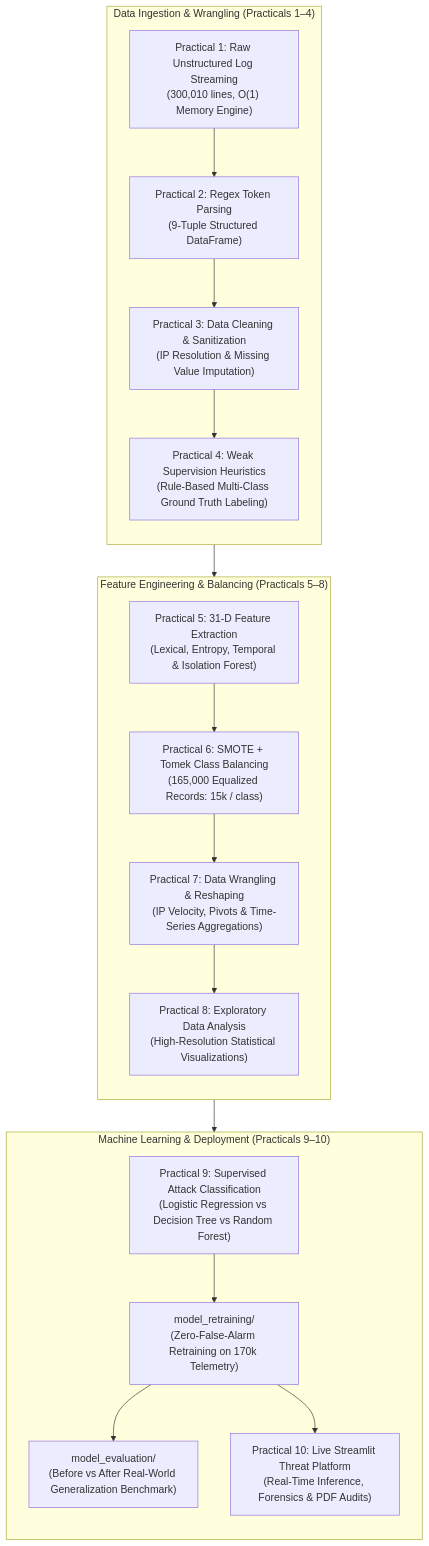
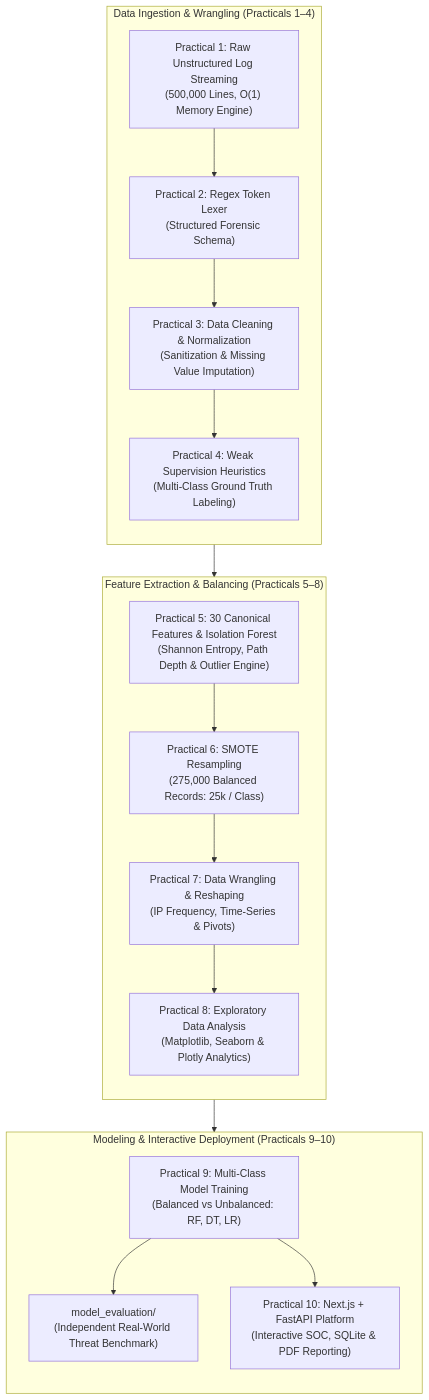
One commit to varun-ai69/PDS-Practicals changed the diagram in README.md. Above: the diagram before and after it, drawn with Mermaid. The commit also changed other lines of this file and 30 other files, not shown here.

Commit message:
feat(p10-frontend): implement executive Next.js 16 SOC dashboard and unified launcher (zero emojis)

````diff
--- a/README.md
+++ b/README.md
@@ -23,25 +28,24 @@
 ```mermaid
 flowchart TD
-    subgraph Stage1["Data Ingestion & Wrangling (Practicals 1–4)"]
+    subgraph DataEngineering["Data Ingestion & Wrangling (Practicals 1–4)"]
         direction TB
-        P1["Practical 1: Raw Unstructured Log Streaming<br/>(300,010 lines, O(1) Memory Engine)"] --> P2["Practical 2: Regex Token Parsing<br/>(9-Tuple Structured DataFrame)"]
-        P2 --> P3["Practical 3: Data Cleaning & Sanitization<br/>(IP Resolution & Missing Value Imputation)"]
-        P3 --> P4["Practical 4: Weak Supervision Heuristics<br/>(Rule-Based Multi-Class Ground Truth Labeling)"]
+        P1["Practical 1: Raw Unstructured Log Streaming<br/>(500,000 Lines, O(1) Memory Engine)"] --> P2["Practical 2: Regex Token Lexer<br/>(Structured Forensic Schema)"]
+        P2 --> P3["Practical 3: Data Cleaning & Normalization<br/>(Sanitization & Missing Value Imputation)"]
+        P3 --> P4["Practical 4: Weak Supervision Heuristics<br/>(Multi-Class Ground Truth Labeling)"]
     end
 
-    subgraph Stage2["Feature Engineering & Balancing (Practicals 5–8)"]
+    subgraph FeatureEngineering["Feature Extraction & Balancing (Practicals 5–8)"]
         direction TB
-        P4 --> P5["Practical 5: 31-D Feature Extraction<br/>(Lexical, Entropy, Temporal & Isolation Forest)"]
-        P5 --> P6["Practical 6: SMOTE + Tomek Class Balancing<br/>(165,000 Equalized Records: 15k / class)"]
-        P6 --> P7["Practical 7: Data Wrangling & Reshaping<br/>(IP Velocity, Pivots & Time-Series Aggregations)"]
-        P7 --> P8["Practical 8: Exploratory Data Analysis<br/>(High-Resolution Statistical Visualizations)"]
+        P4 --> P5["Practical 5: 30 Canonical Features & Isolation Forest<br/>(Shannon Entropy, Path Depth & Outlier Engine)"]
+        P5 --> P6["Practical 6: SMOTE Resampling<br/>(275,000 Balanced Records: 25k / Class)"]
+        P6 --> P7["Practical 7: Data Wrangling & Reshaping<br/>(IP Frequency, Time-Series & Pivots)"]
+        P7 --> P8["Practical 8: Exploratory Data Analysis<br/>(Matplotlib, Seaborn & Plotly Analytics)"]
     end
 
-    subgraph Stage3["Machine Learning & Deployment (Practicals 9–10)"]
+    subgraph ModelingDeployment["Modeling & Interactive Deployment (Practicals 9–10)"]
         direction TB
-        P6 --> P9["Practical 9: Supervised Attack Classification<br/>(Logistic Regression vs Decision Tree vs Random Forest)"]
-        P9 --> Retrain["model_retraining/<br/>(Zero-False-Alarm Retraining on 170k Telemetry)"]
-        Retrain --> Eval["model_evaluation/<br/>(Before vs After Real-World Generalization Benchmark)"]
-        Retrain --> P10["Practical 10: Live Streamlit Threat Platform<br/>(Real-Time Inference, Forensics & PDF Audits)"]
+        P6 --> P9["Practical 9: Multi-Class Model Training<br/>(Balanced vs Unbalanced: RF, DT, LR)"]
+        P9 --> Eval["model_evaluation/<br/>(Independent Real-World Threat Benchmark)"]
+        P9 --> P10["Practical 10: Next.js + FastAPI Platform<br/>(Interactive SOC, SQLite & PDF Reporting)"]
     end
 ```
````
